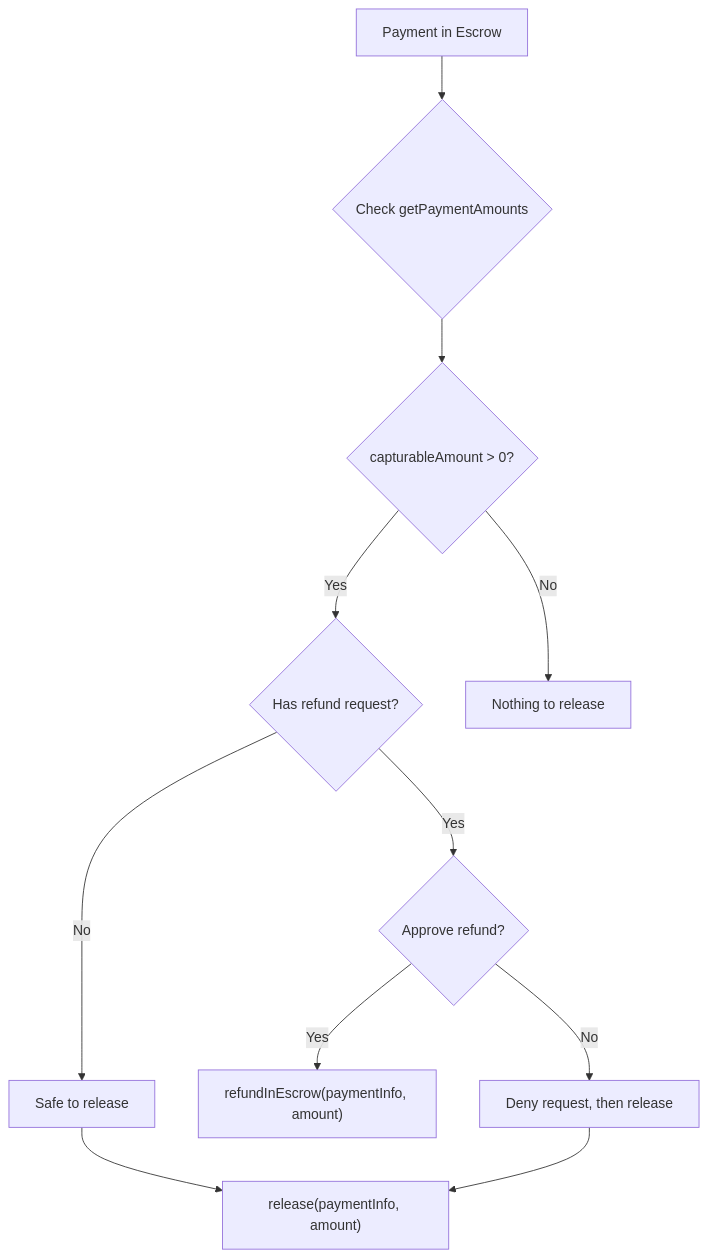
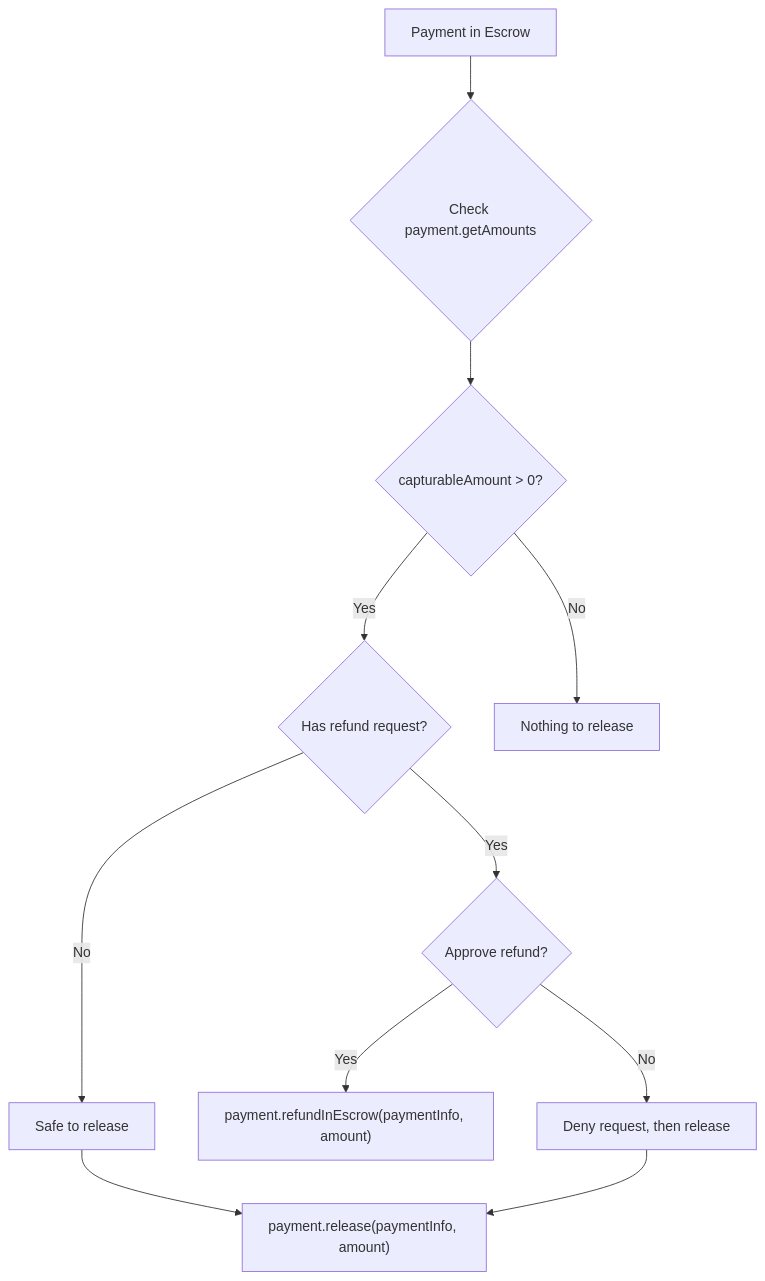
Before and after one commit to BackTrackCo/docs: the diagram in sdk/merchant/payment-operations.mdx, drawn with Mermaid. The commit also changed other lines of this file and 17 other files, not shown here.

````diff
--- a/sdk/merchant/payment-operations.mdx
+++ b/sdk/merchant/payment-operations.mdx
@@ -239,13 +167,13 @@
 ```mermaid
 flowchart TD
-    A[Payment in Escrow] --> B{Check getPaymentAmounts}
+    A[Payment in Escrow] --> B{Check payment.getAmounts}
     B --> C{capturableAmount > 0?}
     C -->|Yes| D{Has refund request?}
     C -->|No| E[Nothing to release]
     D -->|No| F[Safe to release]
     D -->|Yes| G{Approve refund?}
-    F --> H["release(paymentInfo, amount)"]
-    G -->|Yes| I["refundInEscrow(paymentInfo, amount)"]
+    F --> H["payment.release(paymentInfo, amount)"]
+    G -->|Yes| I["payment.refundInEscrow(paymentInfo, amount)"]
     G -->|No| J[Deny request, then release]
     J --> H
 ```
````
